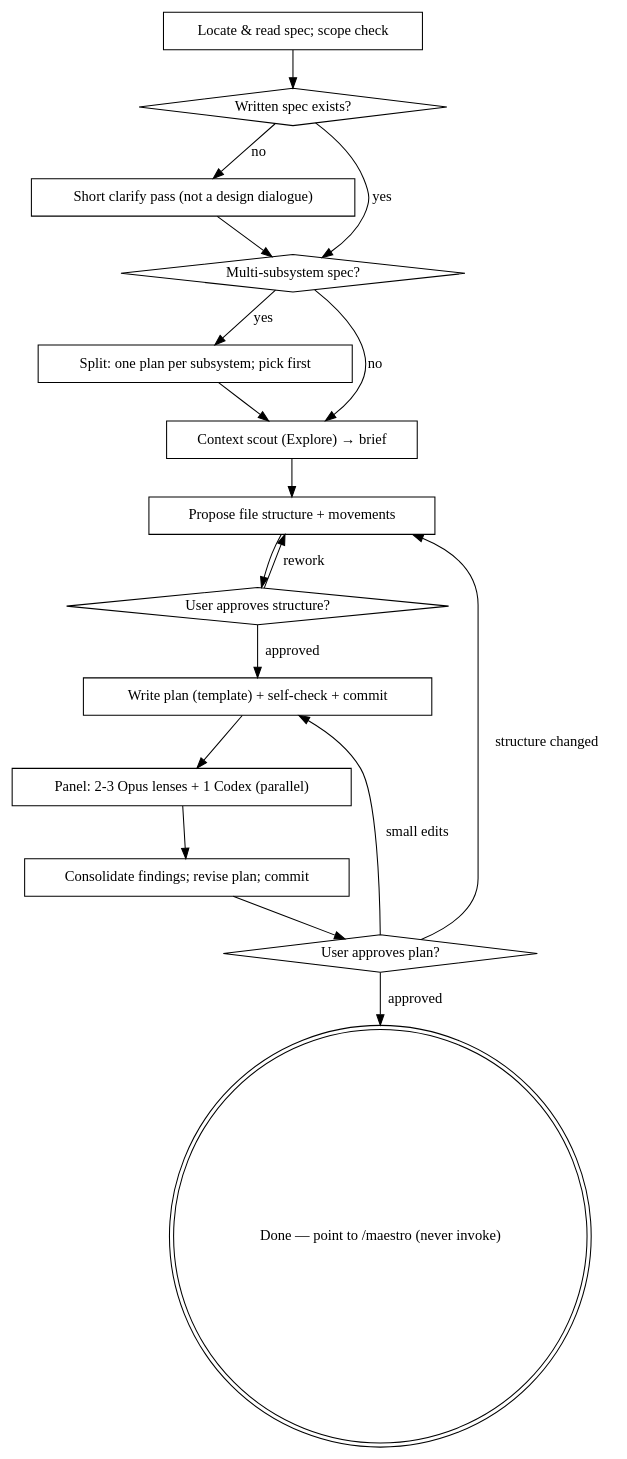
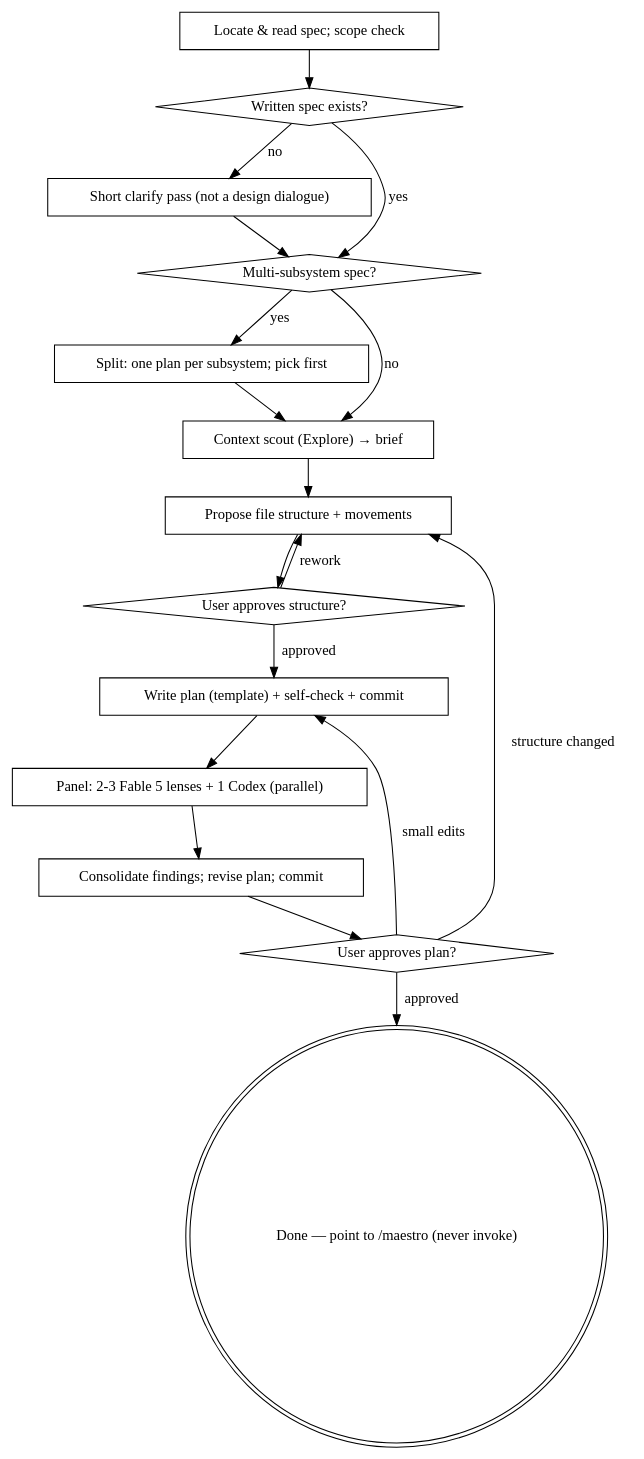
The diagram in skills/score/SKILL.md (PythonShe/Repertoire), drawn with Graphviz before and after one commit. The commit also changed other lines of this file and 38 other files, not shown here.

````diff
--- a/skills/score/SKILL.md
+++ b/skills/score/SKILL.md
@@ -70,36 +70,36 @@
 ```dot
 digraph score {
     rankdir=TB;
     "Locate & read spec; scope check" [shape=box];
     "Written spec exists?" [shape=diamond];
     "Short clarify pass (not a design dialogue)" [shape=box];
     "Multi-subsystem spec?" [shape=diamond];
     "Split: one plan per subsystem; pick first" [shape=box];
     "Context scout (Explore) → brief" [shape=box];
     "Propose file structure + movements" [shape=box];
     "User approves structure?" [shape=diamond];
     "Write plan (template) + self-check + commit" [shape=box];
-    "Panel: 2-3 Opus lenses + 1 Codex (parallel)" [shape=box];
+    "Panel: 2-3 Fable 5 lenses + 1 Codex (parallel)" [shape=box];
     "Consolidate findings; revise plan; commit" [shape=box];
     "User approves plan?" [shape=diamond];
     "Done — point to /maestro (never invoke)" [shape=doublecircle];
 
     "Locate & read spec; scope check" -> "Written spec exists?";
     "Written spec exists?" -> "Short clarify pass (not a design dialogue)" [label="no"];
     "Written spec exists?" -> "Multi-subsystem spec?" [label="yes"];
     "Short clarify pass (not a design dialogue)" -> "Multi-subsystem spec?";
     "Multi-subsystem spec?" -> "Split: one plan per subsystem; pick first" [label="yes"];
     "Multi-subsystem spec?" -> "Context scout (Explore) → brief" [label="no"];
     "Split: one plan per subsystem; pick first" -> "Context scout (Explore) → brief";
     "Context scout (Explore) → brief" -> "Propose file structure + movements";
     "Propose file structure + movements" -> "User approves structure?";
     "User approves structure?" -> "Propose file structure + movements" [label="rework"];
     "User approves structure?" -> "Write plan (template) + self-check + commit" [label="approved"];
-    "Write plan (template) + self-check + commit" -> "Panel: 2-3 Opus lenses + 1 Codex (parallel)";
-    "Panel: 2-3 Opus lenses + 1 Codex (parallel)" -> "Consolidate findings; revise plan; commit";
+    "Write plan (template) + self-check + commit" -> "Panel: 2-3 Fable 5 lenses + 1 Codex (parallel)";
+    "Panel: 2-3 Fable 5 lenses + 1 Codex (parallel)" -> "Consolidate findings; revise plan; commit";
     "Consolidate findings; revise plan; commit" -> "User approves plan?";
     "User approves plan?" -> "Propose file structure + movements" [label="structure changed"];
     "User approves plan?" -> "Write plan (template) + self-check + commit" [label="small edits"];
     "User approves plan?" -> "Done — point to /maestro (never invoke)" [label="approved"];
 }
 ```
````
